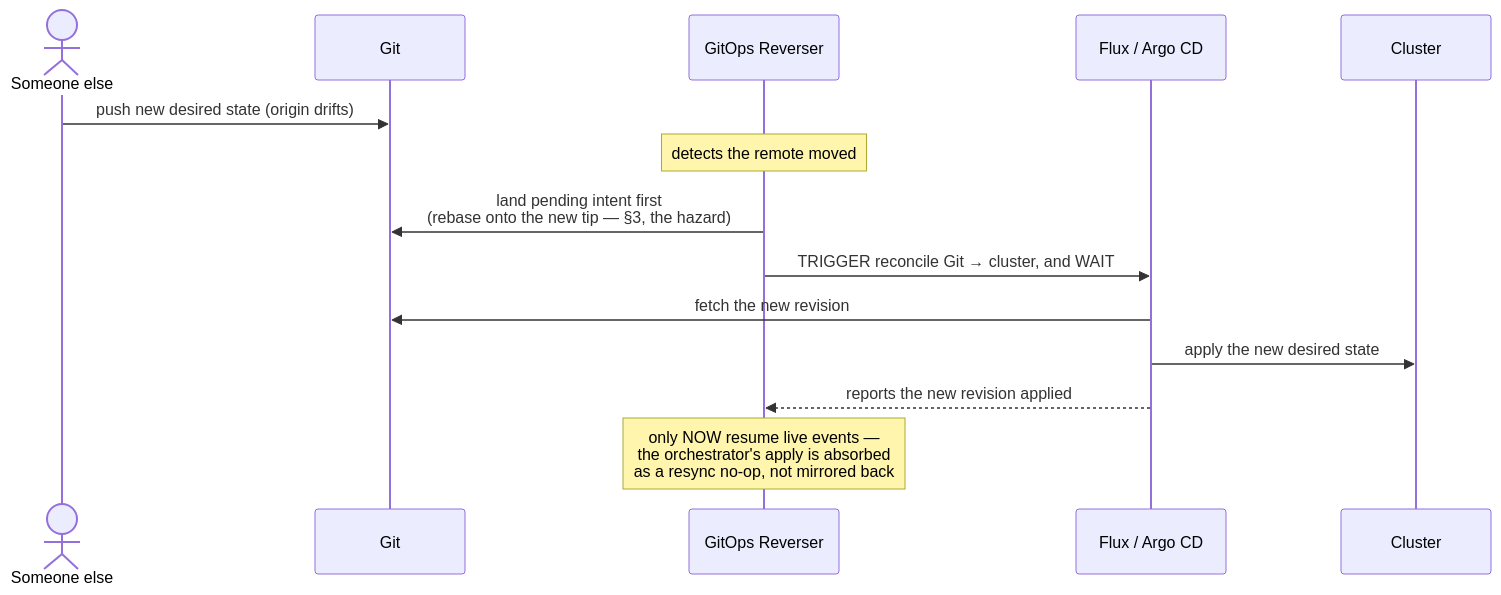
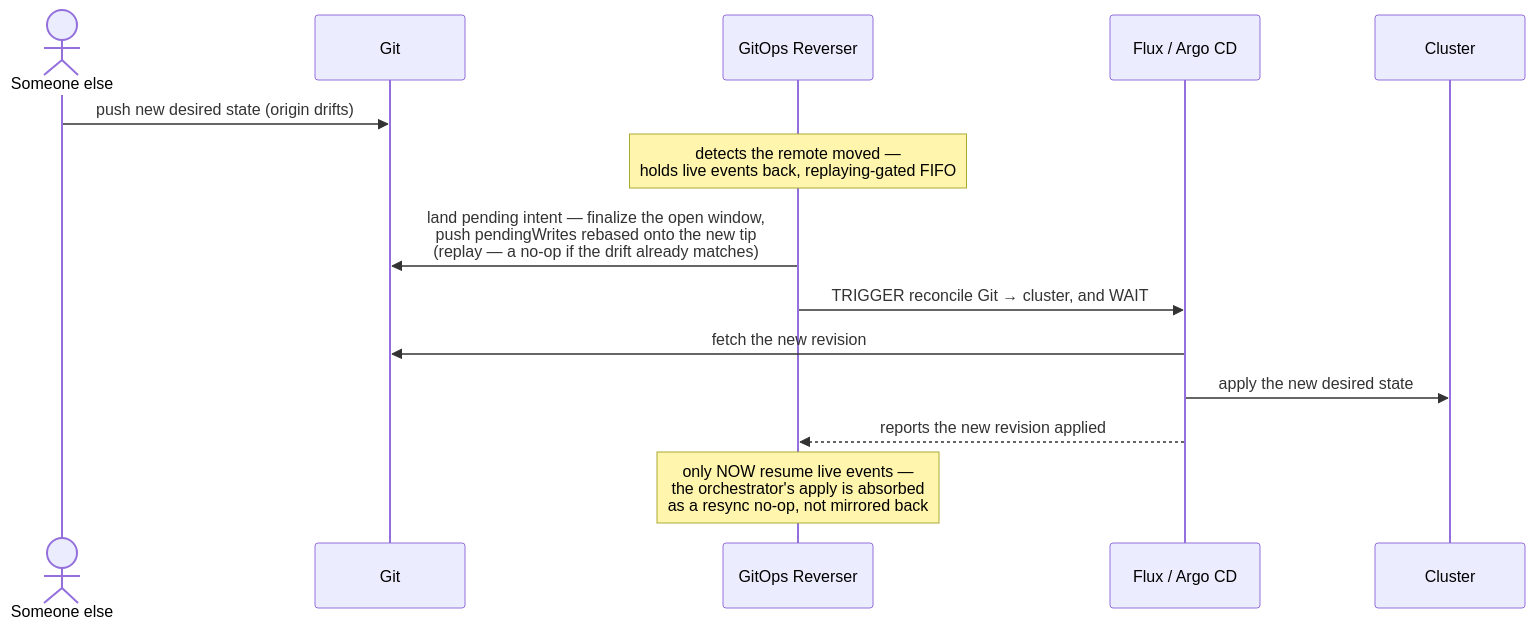
One commit to ConfigButler/gitops-reverser changed the fourth of 4 diagrams in docs/design/support-boundary/orchestrator-reconcile-trigger.md. Above: the diagram before and after it, drawn with Mermaid. The commit also changed other lines of this file, not shown here.

````diff
--- a/docs/design/support-boundary/orchestrator-reconcile-trigger.md
+++ b/docs/design/support-boundary/orchestrator-reconcile-trigger.md
@@ -157,17 +185,17 @@
 ```mermaid
 sequenceDiagram
     actor Other as Someone else
     participant Git
     participant Rev as GitOps Reverser
     participant Recon as Flux / Argo CD
     participant K8s as Cluster
 
     Other->>Git: push new desired state (origin drifts)
-    Note over Rev: detects the remote moved
-    Rev->>Git: land pending intent first<br/>(rebase onto the new tip — §3, the hazard)
+    Note over Rev: detects the remote moved —<br/>holds live events back, replaying-gated FIFO
+    Rev->>Git: land pending intent — finalize the open window,<br/>push pendingWrites rebased onto the new tip<br/>(replay — a no-op if the drift already matches)
     Rev->>Recon: TRIGGER reconcile Git → cluster, and WAIT
     Recon->>Git: fetch the new revision
     Recon->>K8s: apply the new desired state
     Recon-->>Rev: reports the new revision applied
     Note over Rev: only NOW resume live events —<br/>the orchestrator's apply is absorbed<br/>as a resync no-op, not mirrored back
 ```
````
